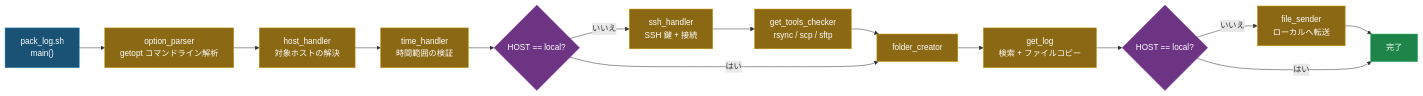
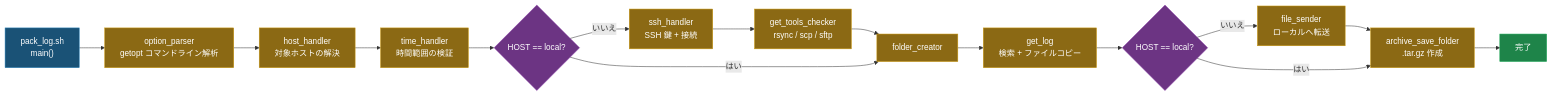
Before and after one commit to ycpss91255/pack_log: the diagram in doc/readme/README.ja.md, drawn with Mermaid. The commit also changed other lines of this file and 7 other files, not shown here.

First line of the commit message:
feat: auto archive collected folder as .tar.gz

````diff
--- a/doc/readme/README.ja.md
+++ b/doc/readme/README.ja.md
@@ -82,27 +83,28 @@
 ```mermaid
 graph LR
     A["pack_log.sh\nmain()"]:::entry
 
     A --> B["option_parser\ngetopt コマンドライン解析"]:::step
     B --> C["host_handler\n対象ホストの解決"]:::step
     C --> D["time_handler\n時間範囲の検証"]:::step
     D --> E{"HOST == local?"}:::decision
 
     E -->|いいえ| F["ssh_handler\nSSH 鍵 + 接続"]:::step
     F --> G["get_tools_checker\nrsync / scp / sftp"]:::step
     G --> H["folder_creator"]:::step
 
     E -->|はい| H
 
     H --> I["get_log\n検索 + ファイルコピー"]:::step
     I --> J{"HOST == local?"}:::decision
 
     J -->|いいえ| K["file_sender\nローカルへ転送"]:::step
-    K --> L["完了"]:::output
-    J -->|はい| L
+    K --> M["archive_save_folder\n.tar.gz 作成"]:::step
+    J -->|はい| M
+    M --> L["完了"]:::output
 
     classDef entry fill:#1a5276,color:#fff,stroke:#2980b9
     classDef step fill:#8B6914,color:#fff,stroke:#c8960c
     classDef decision fill:#6c3483,color:#fff,stroke:#8e44ad
     classDef output fill:#1e8449,color:#fff,stroke:#27ae60
 ```
````
